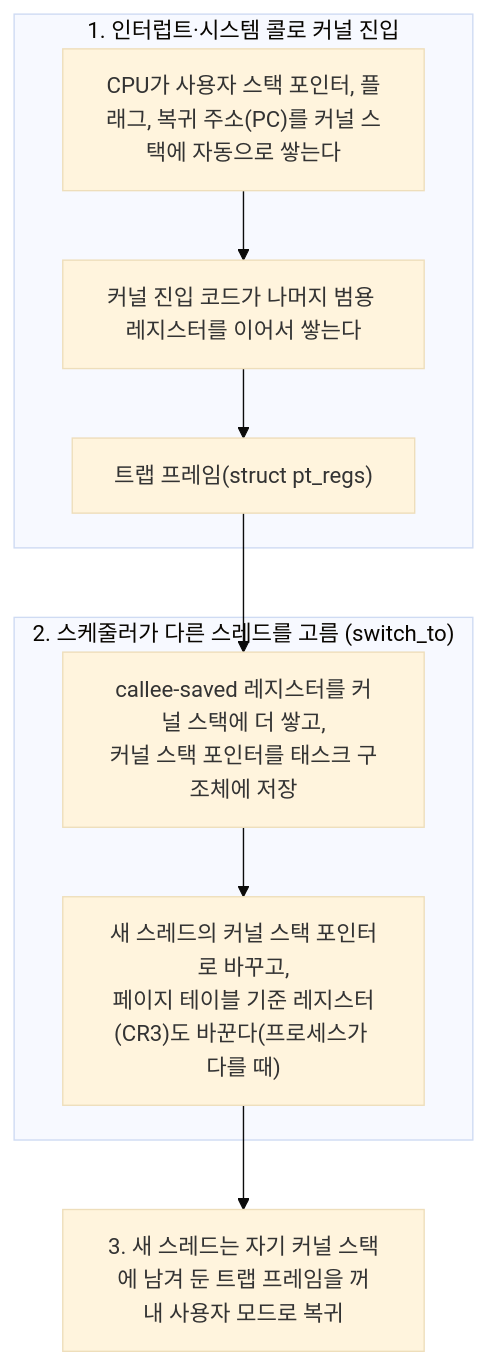
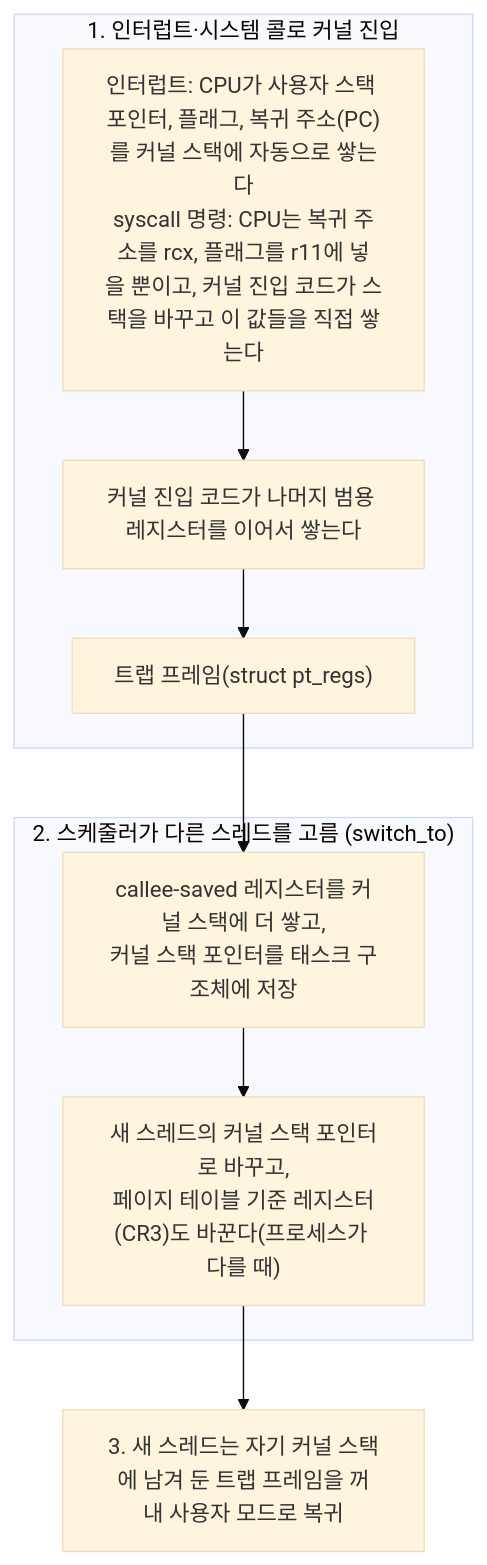
Before and after one commit to HerrineKim/riverlog: the third of 4 diagrams in content/knowledge/Computer-Science/Operating-System/process-and-thread.md, drawn with Mermaid (base theme). The commit also changed other lines of this file and 271 other files, not shown here.

````diff
--- a/content/knowledge/Computer-Science/Operating-System/process-and-thread.md
+++ b/content/knowledge/Computer-Science/Operating-System/process-and-thread.md
@@ -125,12 +125,12 @@
 ```mermaid
 flowchart TB
   subgraph k1["1. 인터럽트·시스템 콜로 커널 진입"]
-    a1["CPU가 사용자 스택 포인터, 플래그, 복귀 주소(PC)를 커널 스택에 자동으로 쌓는다"] --> a2["커널 진입 코드가 나머지 범용 레지스터를 이어서 쌓는다"] --> a3["트랩 프레임(struct pt_regs)"]
+    a1["인터럽트: CPU가 사용자 스택 포인터, 플래그, 복귀 주소(PC)를 커널 스택에 자동으로 쌓는다<br/>syscall 명령: CPU는 복귀 주소를 rcx, 플래그를 r11에 넣을 뿐이고, 커널 진입 코드가 스택을 바꾸고 이 값들을 직접 쌓는다"] --> a2["커널 진입 코드가 나머지 범용 레지스터를 이어서 쌓는다"] --> a3["트랩 프레임(struct pt_regs)"]
   end
   subgraph k2["2. 스케줄러가 다른 스레드를 고름 (switch_to)"]
     b1["callee-saved 레지스터를 커널 스택에 더 쌓고,<br/>커널 스택 포인터를 태스크 구조체에 저장"] --> b2["새 스레드의 커널 스택 포인터로 바꾸고,<br/>페이지 테이블 기준 레지스터(CR3)도 바꾼다(프로세스가 다를 때)"]
   end
   c1["3. 새 스레드는 자기 커널 스택에 남겨 둔 트랩 프레임을 꺼내 사용자 모드로 복귀"]
   a3 --> b1
   b2 --> c1
 ```
````
